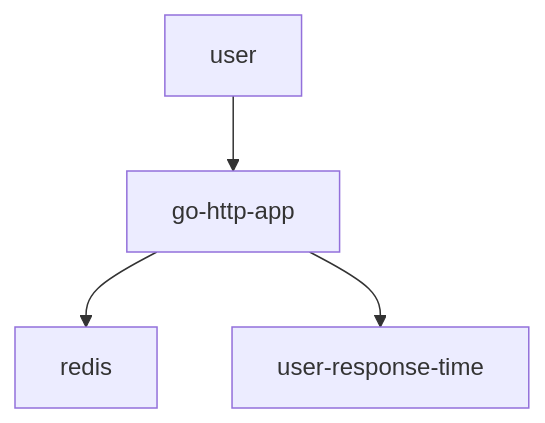
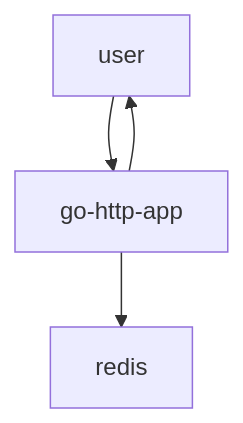
One commit to lola-pola/http-go-based changed the fourth of 4 diagrams in README.md. Above: the diagram before and after it, drawn with Mermaid.

````diff
--- a/README.md
+++ b/README.md
@@ -57,6 +57,6 @@
 ```mermaid
 graph TD;
     user-->go-http-app;
     go-http-app-->redis;
-    go-http-app-->user-response-time;
+    go-http-app-->user;
 ```
````
